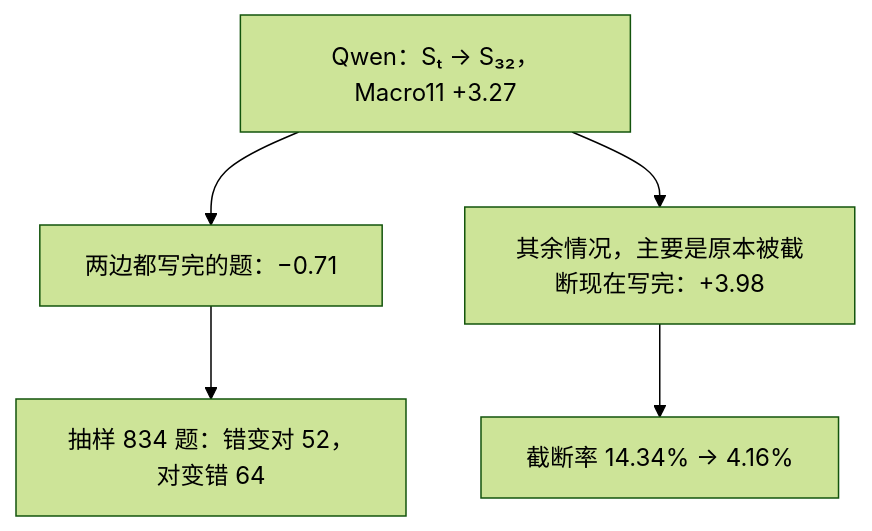
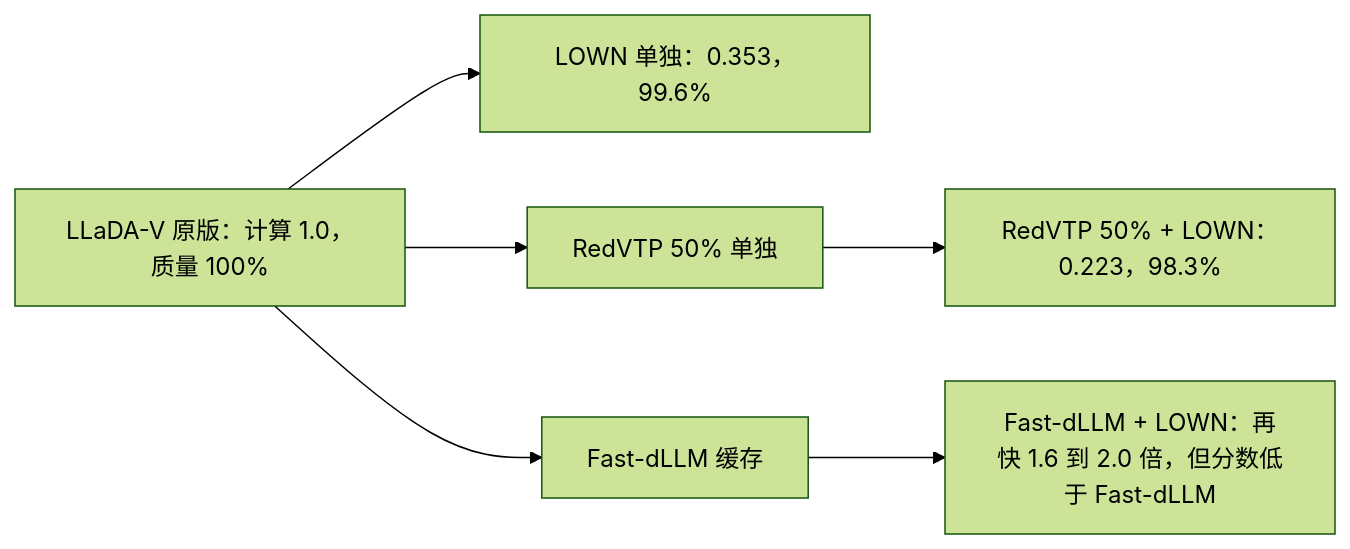
The fourth of 4 diagrams in docs/index.md (yingwang/paper-reads), drawn with Mermaid (forest theme) before and after one commit. The commit also changed other lines of this file and 2 other files, not shown here.

First line of the commit message:
Add 2026-11-01-lown-certificate-guided-visual-routing-diffusion-vlm

````diff
--- a/docs/index.md
+++ b/docs/index.md
@@ -322,7 +216,8 @@
 ```mermaid
-flowchart TB
-    G["Qwen：Sₜ → S₃₂，Macro11 +3.27"] --> A["两边都写完的题：−0.71"]
-    G --> B["其余情况，主要是原本被截断现在写完：+3.98"]
-    B --> T["截断率 14.34% → 4.16%"]
-    A --> E["抽样 834 题：错变对 52，对变错 64"]
+flowchart LR
+    B["LLaDA-V 原版：计算 1.0，质量 100%"] --> L["LOWN 单独：0.353，99.6%"]
+    B --> R["RedVTP 50% 单独"]
+    R --> RL["RedVTP 50% + LOWN：0.223，98.3%"]
+    B --> F["Fast-dLLM 缓存"]
+    F --> FL["Fast-dLLM + LOWN：再快 1.6 到 2.0 倍，但分数低于 Fast-dLLM"]
 ```
````
